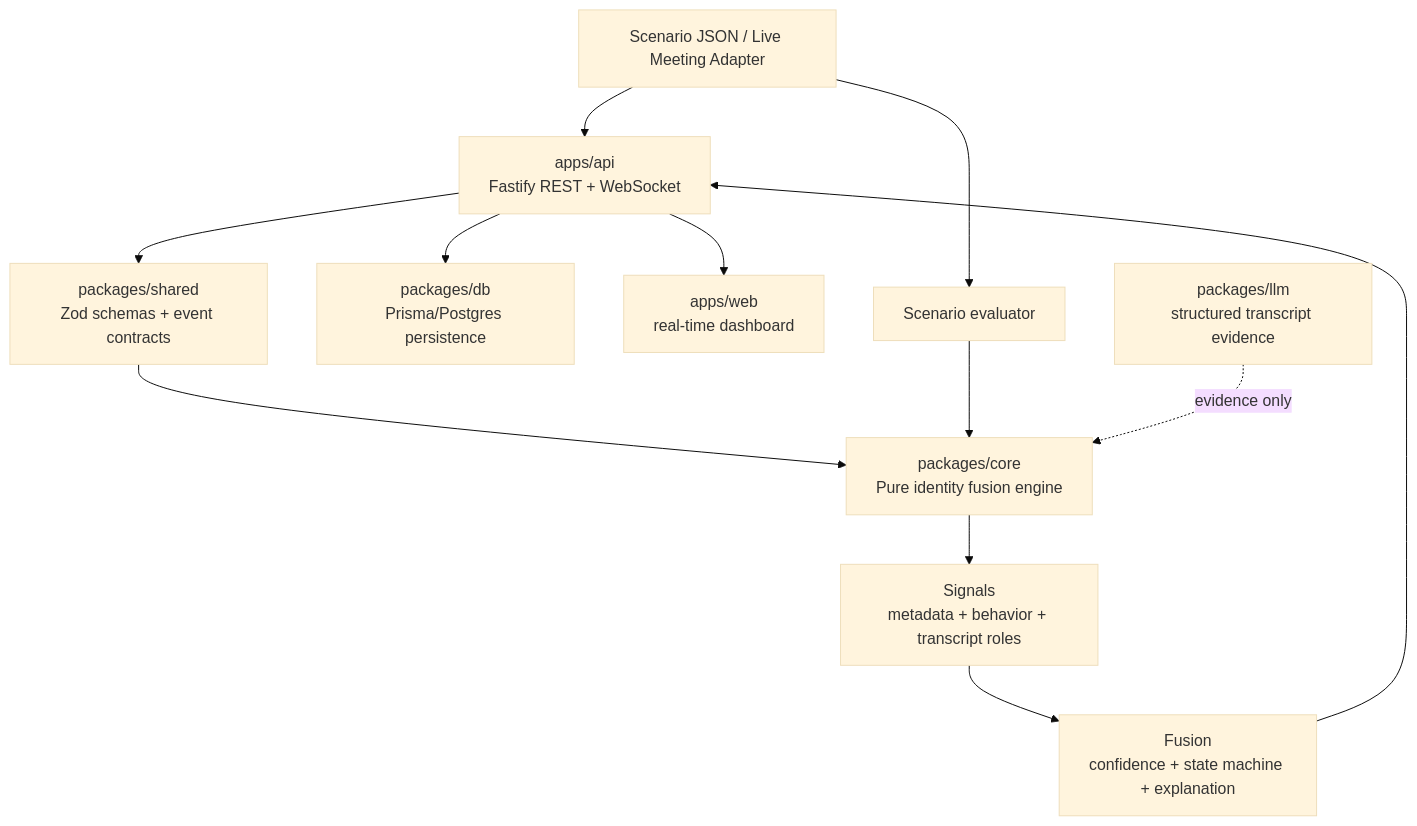
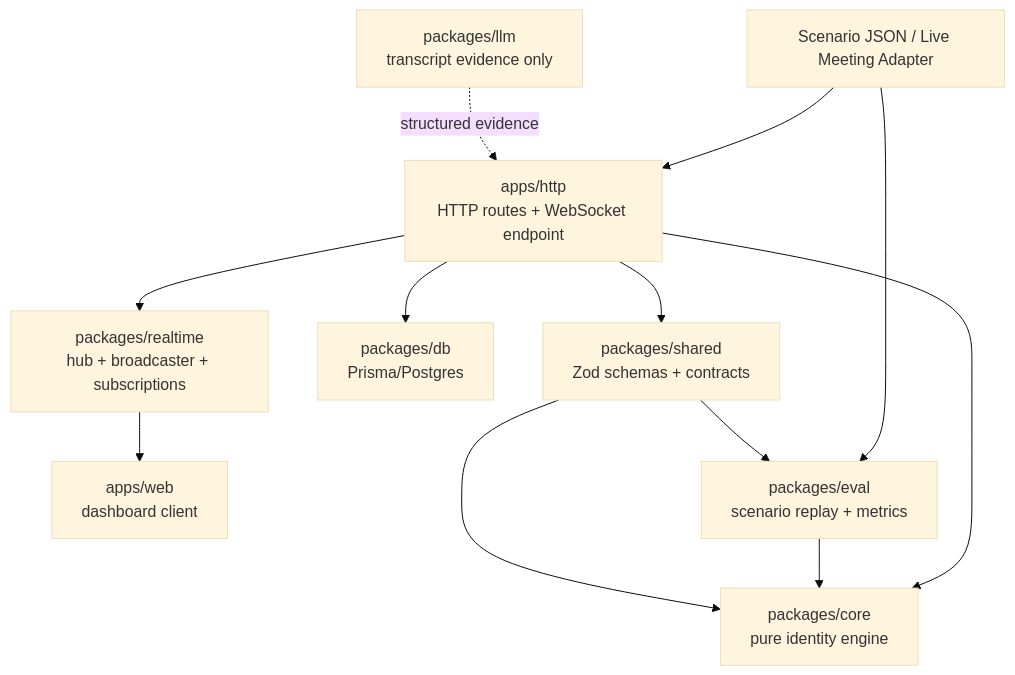
The first of 2 diagrams in ARCHITECTURE.md (RitikaxG/sherlock-challenge), drawn with Mermaid (base theme) before and after one commit. The commit also changed other lines of this file and 35 other files, not shown here.

Commit message:
added packages/realtime and packages/eval

````diff
--- a/ARCHITECTURE.md
+++ b/ARCHITECTURE.md
@@ -35,14 +56,14 @@
 ```mermaid
 flowchart TD
-  Scenario["Scenario JSON / Live Meeting Adapter"] --> API["apps/api<br/>Fastify REST + WebSocket"]
-  API --> Shared["packages/shared<br/>Zod schemas + event contracts"]
-  Shared --> Core["packages/core<br/>Pure identity fusion engine"]
-  Core --> Signals["Signals<br/>metadata + behavior + transcript roles"]
-  Signals --> Fusion["Fusion<br/>confidence + state machine + explanation"]
-  Fusion --> API
-  API --> DB["packages/db<br/>Prisma/Postgres persistence"]
-  API --> Web["apps/web<br/>real-time dashboard"]
-  Scenario --> Eval["Scenario evaluator"]
+  Scenario["Scenario JSON / Live Meeting Adapter"] --> HTTP["apps/http<br/>HTTP routes + WebSocket endpoint"]
+  HTTP --> Shared["packages/shared<br/>Zod schemas + contracts"]
+  HTTP --> Core["packages/core<br/>pure identity engine"]
+  HTTP --> DB["packages/db<br/>Prisma/Postgres"]
+  HTTP --> Realtime["packages/realtime<br/>hub + broadcaster + subscriptions"]
+  Realtime --> Web["apps/web<br/>dashboard client"]
+  LLM["packages/llm<br/>transcript evidence only"] -. structured evidence .-> HTTP
+  Scenario --> Eval["packages/eval<br/>scenario replay + metrics"]
   Eval --> Core
-  LLM["packages/llm<br/>structured transcript evidence"] -. evidence only .-> Core
+  Shared --> Core
+  Shared --> Eval
 ```
````
